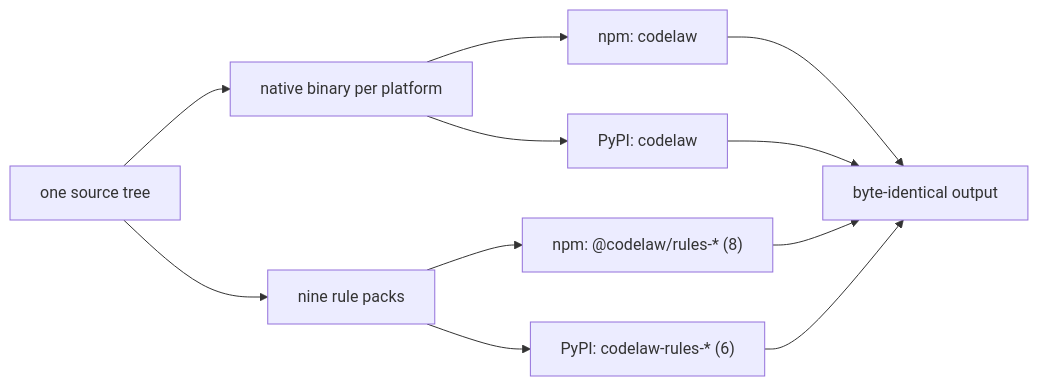
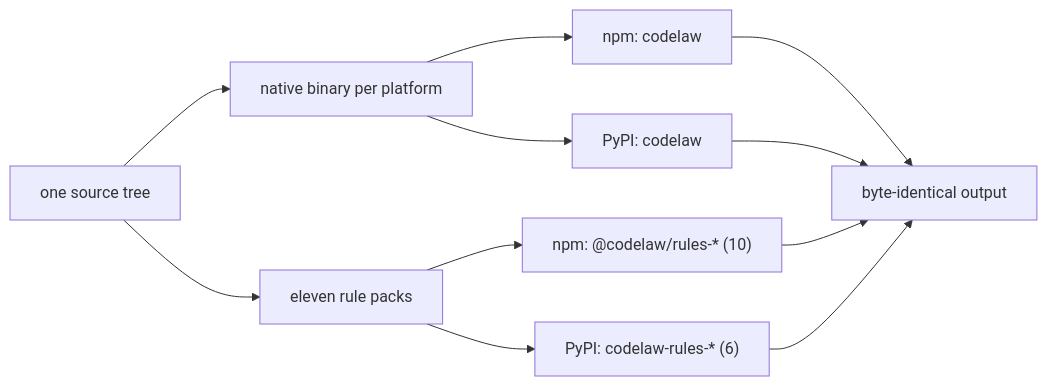
Before and after one commit to arpitarya/codelaw: the diagram in records/0008_LAW-6-python-and-node-packages.md, drawn with Mermaid. The commit also changed other lines of this file and 60 other files, not shown here.

First line of the commit message:
W-32: tanstack-query and redux-toolkit packs, npm only; W-24: CHANGELOG names W-18, W-19, W-24

````diff
--- a/records/0008_LAW-6-python-and-node-packages.md
+++ b/records/0008_LAW-6-python-and-node-packages.md
@@ -31,13 +31,13 @@
 ```mermaid
 flowchart LR
     B["one source tree"] --> X["native binary per platform"]
     X --> N["npm: codelaw"]
     X --> Y["PyPI: codelaw"]
-    B --> R["nine rule packs"]
-    R --> N2["npm: @codelaw/rules-* (8)"]
+    B --> R["eleven rule packs"]
+    R --> N2["npm: @codelaw/rules-* (10)"]
     R --> Y2["PyPI: codelaw-rules-* (6)"]
     N --> O["byte-identical output"]
     Y --> O
     N2 --> O
     Y2 --> O
 ```
````
